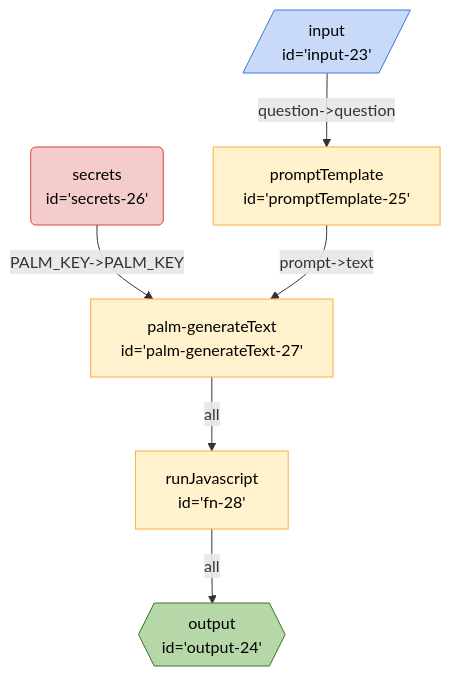
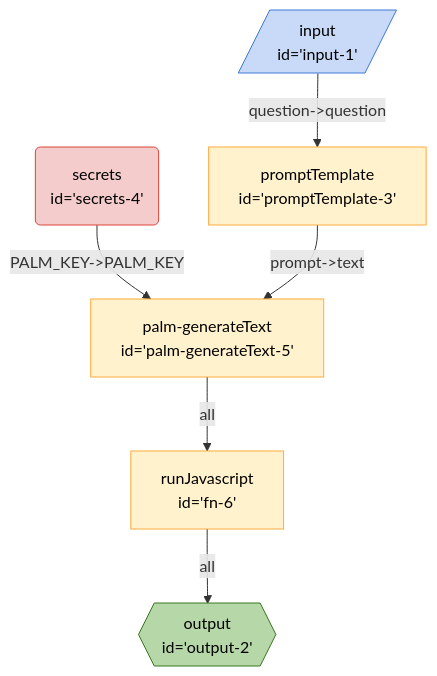
One commit to breadboard-ai/breadboard changed the diagram in seeds/breadboard-web/docs/graphs/new/if-else-serializable.md. Above: the diagram before and after it, drawn with Mermaid. The commit also changed 20 other files, not shown here.

Commit message:
[new syntax] saner ids in example graphs

````diff
--- a/seeds/breadboard-web/docs/graphs/new/if-else-serializable.md
+++ b/seeds/breadboard-web/docs/graphs/new/if-else-serializable.md
@@ -3,17 +3,17 @@
 ```mermaid
 %%{init: 'themeVariables': { 'fontFamily': 'Fira Code, monospace' }}%%
 graph TD;
-fn28["runJavascript <br> id='fn-28'"] -- all --> output24{{"output <br> id='output-24'"}}:::output
-palmgenerateText27["palm-generateText <br> id='palm-generateText-27'"] -- all --> fn28["runJavascript <br> id='fn-28'"]
-secrets26("secrets <br> id='secrets-26'"):::secrets -- "PALM_KEY->PALM_KEY" --> palmgenerateText27["palm-generateText <br> id='palm-generateText-27'"]
-promptTemplate25["promptTemplate <br> id='promptTemplate-25'"] -- "prompt->text" --> palmgenerateText27["palm-generateText <br> id='palm-generateText-27'"]
-input23[/"input <br> id='input-23'"/]:::input -- "question->question" --> promptTemplate25["promptTemplate <br> id='promptTemplate-25'"]
+fn6["runJavascript <br> id='fn-6'"] -- all --> output2{{"output <br> id='output-2'"}}:::output
+palmgenerateText5["palm-generateText <br> id='palm-generateText-5'"] -- all --> fn6["runJavascript <br> id='fn-6'"]
+secrets4("secrets <br> id='secrets-4'"):::secrets -- "PALM_KEY->PALM_KEY" --> palmgenerateText5["palm-generateText <br> id='palm-generateText-5'"]
+promptTemplate3["promptTemplate <br> id='promptTemplate-3'"] -- "prompt->text" --> palmgenerateText5["palm-generateText <br> id='palm-generateText-5'"]
+input1[/"input <br> id='input-1'"/]:::input -- "question->question" --> promptTemplate3["promptTemplate <br> id='promptTemplate-3'"]
 classDef default stroke:#ffab40,fill:#fff2ccff,color:#000
 classDef input stroke:#3c78d8,fill:#c9daf8ff,color:#000
 classDef output stroke:#38761d,fill:#b6d7a8ff,color:#000
 classDef passthrough stroke:#a64d79,fill:#ead1dcff,color:#000
 classDef slot stroke:#a64d79,fill:#ead1dcff,color:#000
 classDef config stroke:#a64d79,fill:#ead1dcff,color:#000
 classDef secrets stroke:#db4437,fill:#f4cccc,color:#000
 classDef slotted stroke:#a64d79
 ```
````
